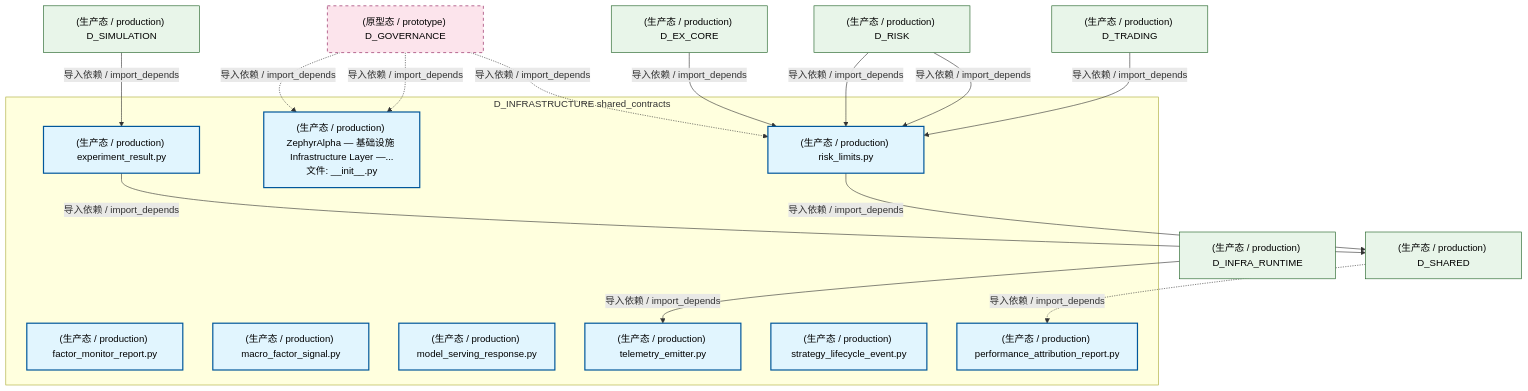
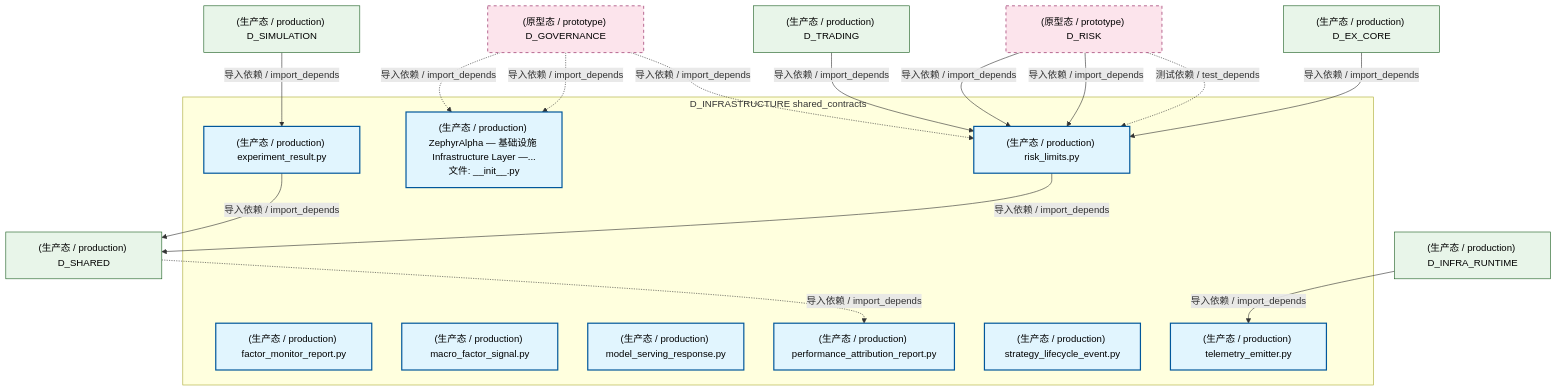
The fourth of 6 diagrams in docs/02_enterprise_architecture/02_domain_architecture_docs/62_d_infrastructure.md (xuanFelixVan/ZephyrAlpha), drawn with Mermaid before and after one commit. The commit also changed other lines of this file and 124 other files, not shown here.

````diff
--- a/docs/02_enterprise_architecture/02_domain_architecture_docs/62_d_infrastructure.md
+++ b/docs/02_enterprise_architecture/02_domain_architecture_docs/62_d_infrastructure.md
@@ -319,40 +320,41 @@
 ```mermaid
 graph TD
     subgraph D_INFRASTRUCTURE["D_INFRASTRUCTURE shared_contracts"]
         src_zephyr_infrastructure_config_init_py["(生产态 / production) ZephyrAlpha — 基础设施 Infrastructure Layer —...<br/>文件: __init__.py"]
         src_zephyr_shared_contracts_experiment_result_py["(生产态 / production) experiment_result.py"]
         src_zephyr_shared_contracts_factor_monitor_report_py["(生产态 / production) factor_monitor_report.py"]
         src_zephyr_shared_contracts_macro_factor_signal_py["(生产态 / production) macro_factor_signal.py"]
         src_zephyr_shared_contracts_model_serving_response_py["(生产态 / production) model_serving_response.py"]
         src_zephyr_shared_contracts_performance_attribution_report_py["(生产态 / production) performance_attribution_report.py"]
         src_zephyr_shared_contracts_risk_limits_py["(生产态 / production) risk_limits.py"]
         src_zephyr_shared_contracts_strategy_lifecycle_event_py["(生产态 / production) strategy_lifecycle_event.py"]
         src_zephyr_shared_contracts_telemetry_emitter_py["(生产态 / production) telemetry_emitter.py"]
     end
     D_SHARED["(生产态 / production) D_SHARED"]
+    src_zephyr_shared_contracts_risk_limits_py -->|导入依赖 / import_depends| D_SHARED
     src_zephyr_shared_contracts_experiment_result_py -->|导入依赖 / import_depends| D_SHARED
-    src_zephyr_shared_contracts_risk_limits_py -->|导入依赖 / import_depends| D_SHARED
+    D_RISK["(原型态 / prototype) D_RISK"]
+    D_RISK -.->|测试依赖 / test_depends| src_zephyr_shared_contracts_risk_limits_py
     D_EX_CORE["(生产态 / production) D_EX_CORE"]
     D_EX_CORE -->|导入依赖 / import_depends| src_zephyr_shared_contracts_risk_limits_py
+    D_SHARED -.->|导入依赖 / import_depends| src_zephyr_shared_contracts_performance_attribution_report_py
     D_GOVERNANCE["(原型态 / prototype) D_GOVERNANCE"]
-    D_GOVERNANCE -.->|导入依赖 / import_depends| src_zephyr_infrastructure_config_init_py
-    D_RISK["(生产态 / production) D_RISK"]
+    D_GOVERNANCE -.->|导入依赖 / import_depends| src_zephyr_shared_contracts_risk_limits_py
     D_RISK -->|导入依赖 / import_depends| src_zephyr_shared_contracts_risk_limits_py
     D_RISK -->|导入依赖 / import_depends| src_zephyr_shared_contracts_risk_limits_py
     D_INFRA_RUNTIME["(生产态 / production) D_INFRA_RUNTIME"]
     D_INFRA_RUNTIME -->|导入依赖 / import_depends| src_zephyr_shared_contracts_telemetry_emitter_py
+    D_GOVERNANCE -.->|导入依赖 / import_depends| src_zephyr_infrastructure_config_init_py
+    D_GOVERNANCE -.->|导入依赖 / import_depends| src_zephyr_infrastructure_config_init_py
     D_SIMULATION["(生产态 / production) D_SIMULATION"]
     D_SIMULATION -->|导入依赖 / import_depends| src_zephyr_shared_contracts_experiment_result_py
     D_TRADING["(生产态 / production) D_TRADING"]
     D_TRADING -->|导入依赖 / import_depends| src_zephyr_shared_contracts_risk_limits_py
-    D_SHARED -.->|导入依赖 / import_depends| src_zephyr_shared_contracts_performance_attribution_report_py
-    D_GOVERNANCE -.->|导入依赖 / import_depends| src_zephyr_infrastructure_config_init_py
-    D_GOVERNANCE -.->|导入依赖 / import_depends| src_zephyr_shared_contracts_risk_limits_py
     classDef production fill:#e1f5fe,stroke:#01579b,stroke-width:2px,color:#000
     classDef design fill:#fff3e0,stroke:#e65100,stroke-width:2px,color:#000,stroke-dasharray: 5 5
     classDef external_prod fill:#e8f5e9,stroke:#1b5e20,stroke-width:1px,color:#000
     classDef external_design fill:#fce4ec,stroke:#880e4f,stroke-width:1px,color:#000,stroke-dasharray: 5 5
     class src_zephyr_infrastructure_config_init_py,src_zephyr_shared_contracts_experiment_result_py,src_zephyr_shared_contracts_factor_monitor_report_py,src_zephyr_shared_contracts_macro_factor_signal_py,src_zephyr_shared_contracts_model_serving_response_py,src_zephyr_shared_contracts_performance_attribution_report_py,src_zephyr_shared_contracts_risk_limits_py,src_zephyr_shared_contracts_strategy_lifecycle_event_py,src_zephyr_shared_contracts_telemetry_emitter_py production
-    class D_SHARED,D_EX_CORE,D_RISK,D_INFRA_RUNTIME,D_SIMULATION,D_TRADING external_prod
-    class D_GOVERNANCE external_design
+    class D_SHARED,D_EX_CORE,D_INFRA_RUNTIME,D_SIMULATION,D_TRADING external_prod
+    class D_RISK,D_GOVERNANCE external_design
 ```
````
